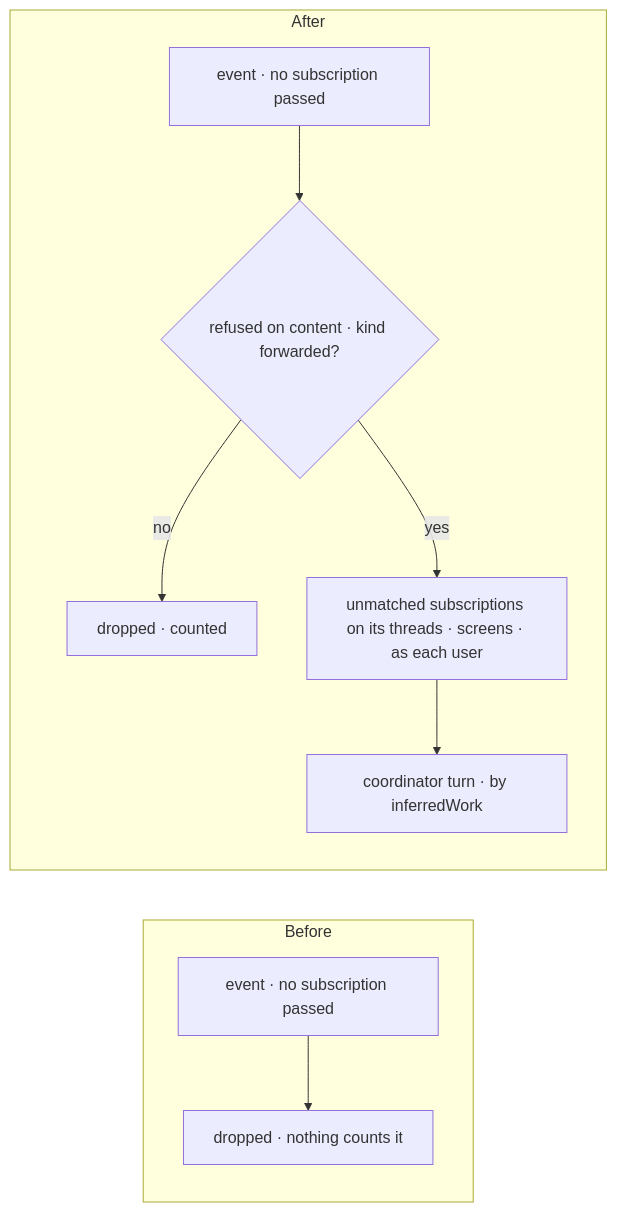
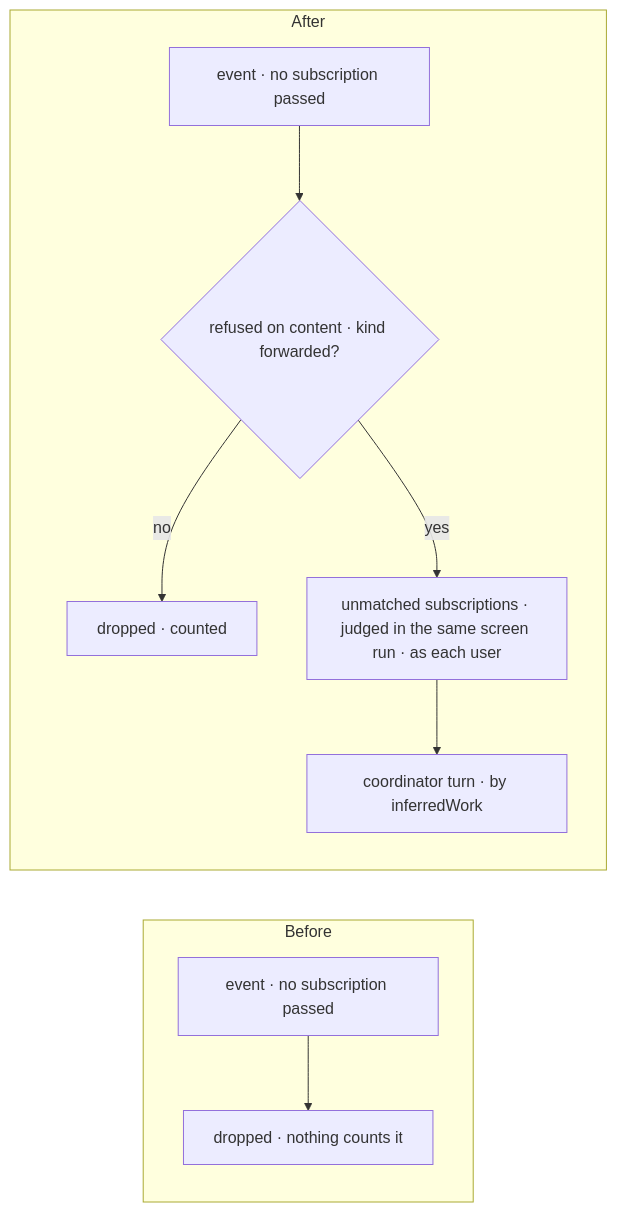
Before and after one commit to fixpoint-labs/flow-state-dev: the second of 3 diagrams in specs/issues/FIX-2538/SPEC.md, drawn with Mermaid. The commit also changed other lines of this file and 2 other files, not shown here.

First line of the commit message:
spec(FIX-2538): D2 holds on the board's write; one screen run; docs split

````diff
--- a/specs/issues/FIX-2538/SPEC.md
+++ b/specs/issues/FIX-2538/SPEC.md
@@ -53,12 +53,12 @@
 ```mermaid
 flowchart LR
   subgraph Before
     B1["event · no subscription passed"] --> B2["dropped · nothing counts it"]
   end
   subgraph After
     A1["event · no subscription passed"] --> A2{"refused on content · kind forwarded?"}
     A2 -->|"no"| A3["dropped · counted"]
-    A2 -->|"yes"| A4["unmatched subscriptions on its threads · screens · as each user"]
+    A2 -->|"yes"| A4["unmatched subscriptions · judged in the same screen run · as each user"]
     A4 --> A5["coordinator turn · by inferredWork"]
   end
 ```
````
